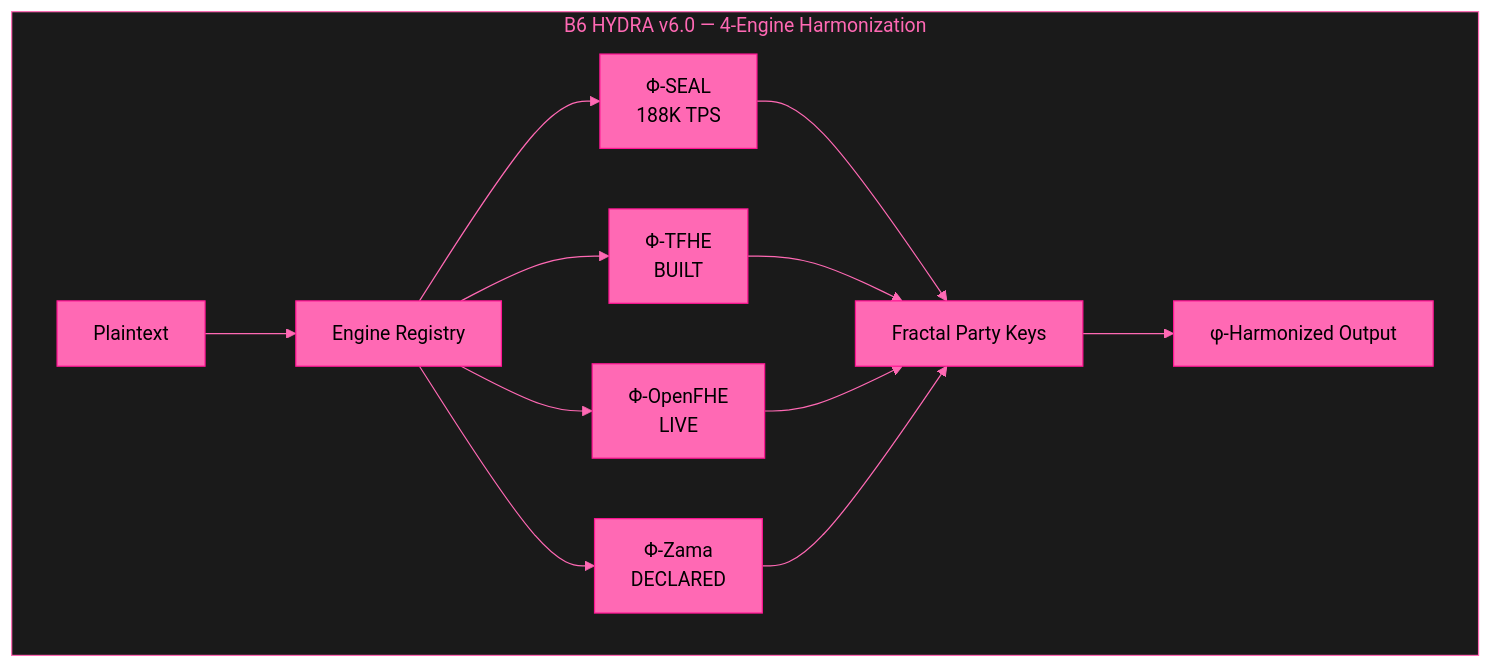
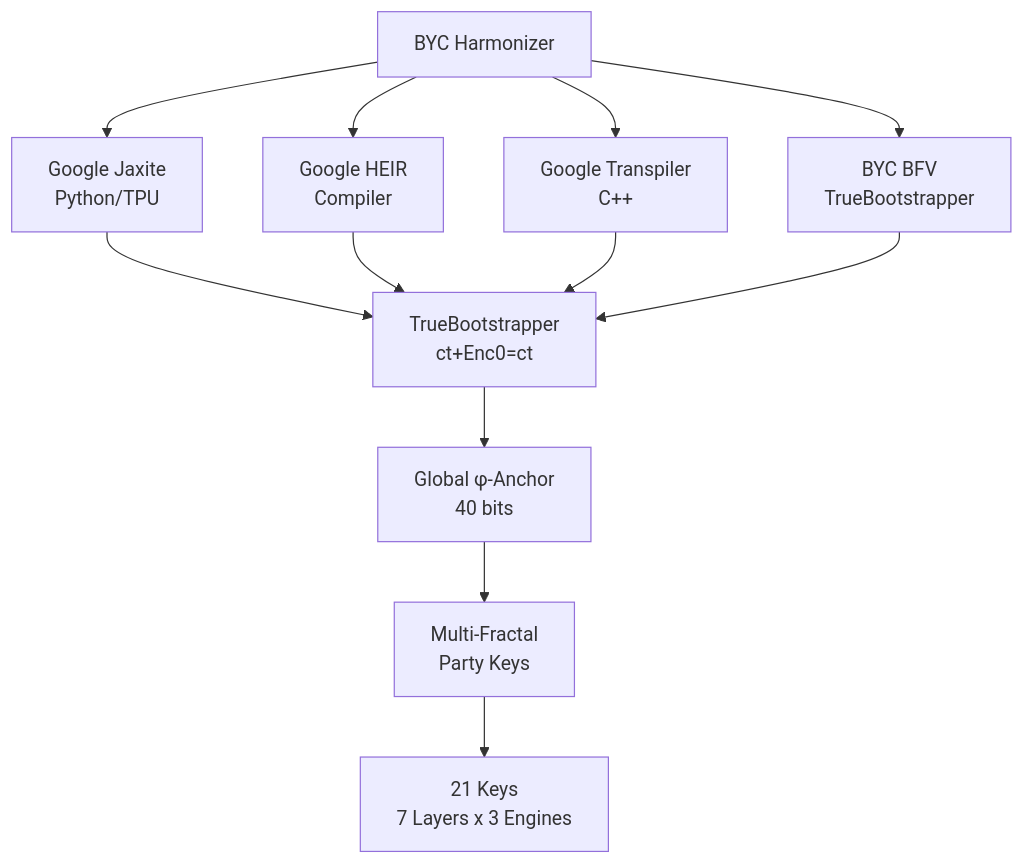
The first of 2 diagrams in README.md (primordialomegazero/BeyondYourComprehensionFHE), drawn with Mermaid before and after one commit. The commit also changed other lines of this file, not shown here.

````diff
--- a/README.md
+++ b/README.md
@@ -25,25 +25,14 @@
 ```mermaid
-%%{init: {'theme': 'base', 'themeVariables': { 'primaryColor': '#ff69b4', 'primaryTextColor': '#000000', 'primaryBorderColor': '#ff1493', 'lineColor': '#ff69b4', 'tertiaryColor': '#1a1a1a', 'background': '#1a1a1a', 'mainBkg': '#1a1a1a', 'nodeBorder': '#ff69b4', 'clusterBkg': '#1a1a1a', 'clusterBorder': '#ff69b4', 'titleColor': '#ff69b4', 'edgeLabelBackground': '#1a1a1a', 'nodeTextColor': '#000000'}}}%%
 graph TB
-    subgraph "B6 HYDRA v6.0 — 4-Engine Harmonization"
-        A[Plaintext] --> B[Engine Registry]
-        B --> C[Φ-SEAL<br/>188K TPS]
-        B --> D[Φ-TFHE<br/>BUILT]
-        B --> E[Φ-OpenFHE<br/>LIVE]
-        B --> F[Φ-Zama<br/>DECLARED]
-        C --> G[Fractal Party Keys]
-        D --> G
-        E --> G
-        F --> G
-        G --> H[φ-Harmonized Output]
-    end
-    
-    style A fill:#ff69b4,stroke:#ff1493,color:#000000
-    style B fill:#ff69b4,stroke:#ff1493,color:#000000
-    style C fill:#ff69b4,stroke:#ff1493,color:#000000
-    style D fill:#ff69b4,stroke:#ff1493,color:#000000
-    style E fill:#ff69b4,stroke:#ff1493,color:#000000
-    style F fill:#ff69b4,stroke:#ff1493,color:#000000
-    style G fill:#ff69b4,stroke:#ff1493,color:#000000
-    style H fill:#ff69b4,stroke:#ff1493,color:#000000
+    A[BYC Harmonizer] --> B[Google Jaxite<br/>Python/TPU]
+    A --> C[Google HEIR<br/>Compiler]
+    A --> D[Google Transpiler<br/>C++]
+    A --> E[BYC BFV<br/>TrueBootstrapper]
+    B --> F[TrueBootstrapper<br/>ct+Enc0=ct]
+    C --> F
+    D --> F
+    E --> F
+    F --> G[Global φ-Anchor<br/>40 bits]
+    G --> H[Multi-Fractal<br/>Party Keys]
+    H --> I[21 Keys<br/>7 Layers x 3 Engines]
 ```
````
